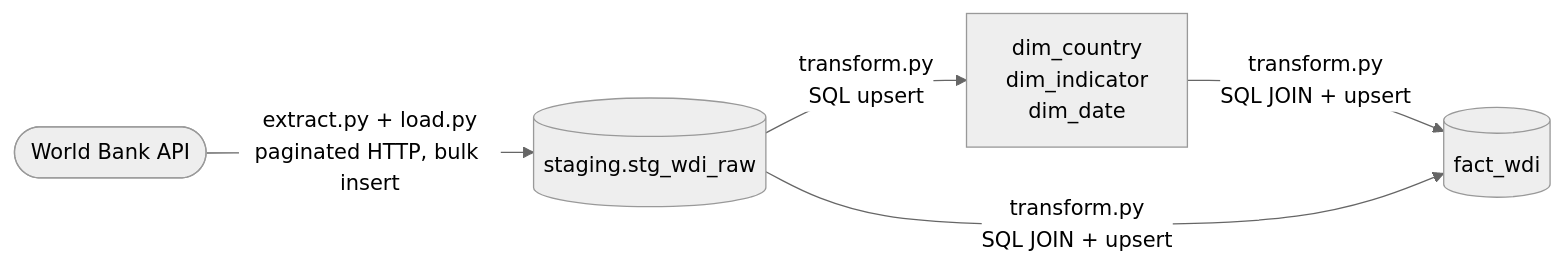
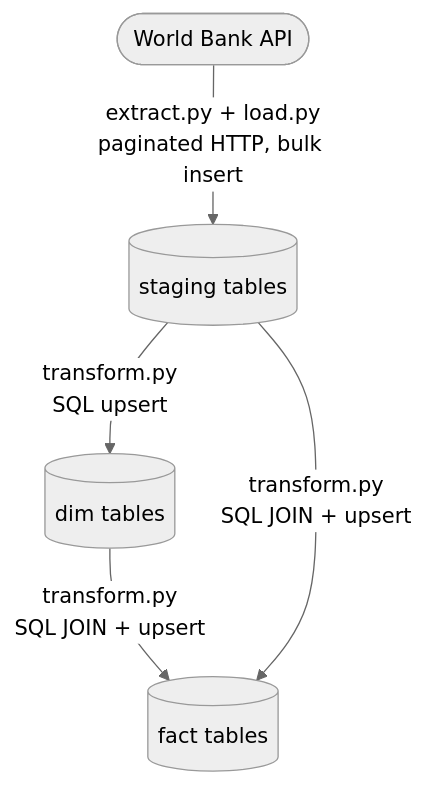
One commit to pebenbow/worldbankdb changed the diagram in README.md. Above: the diagram before and after it, drawn with Mermaid (neutral theme).

Commit message:
Further tweaks to the ELT flow diagram

````diff
--- a/README.md
+++ b/README.md
@@ -19,11 +19,11 @@
 ```mermaid
-flowchart LR
+flowchart TD
     API(["World Bank API"])
-    STG[("staging.stg_wdi_raw")]
-    DIM["dim_country\ndim_indicator\ndim_date"]
-    FACT[("fact_wdi")]
+    STG[("staging tables")]
+    DIM[("dim tables")]
+    FACT[("fact tables")]
 
     API -- "extract.py + load.py\npaginated HTTP, bulk insert" --> STG
     STG -- "transform.py\nSQL upsert" --> DIM
     DIM & STG -- "transform.py\nSQL JOIN + upsert" --> FACT
 ```
````
